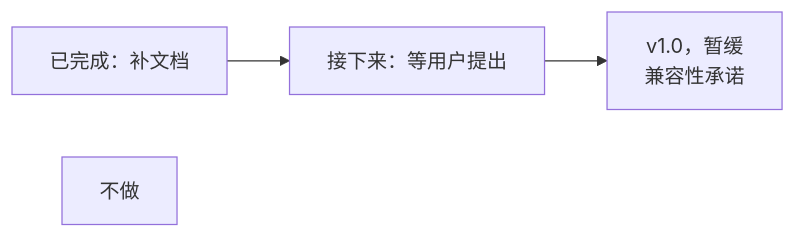
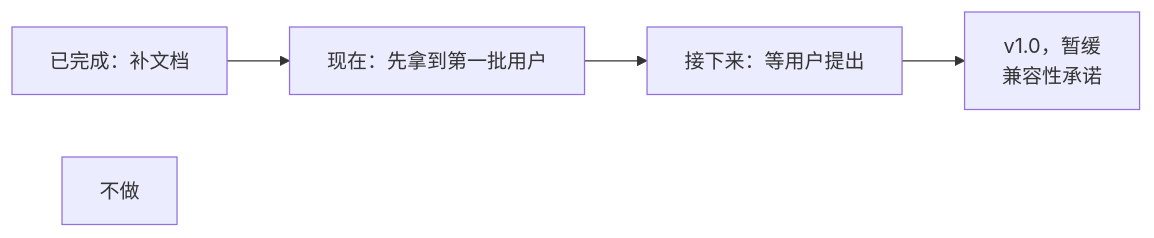
Before and after one commit to nanmuyao-tools/pingmock: the diagram in docs/roadmap.zh-CN.md, drawn with Mermaid. The commit also changed other lines of this file and 2 other files, not shown here.

First line of the commit message:
docs: re-prioritize the roadmap — distribution before any new feature

````diff
--- a/docs/roadmap.zh-CN.md
+++ b/docs/roadmap.zh-CN.md
@@ -28,6 +28,7 @@
 ```mermaid
 flowchart LR
-    A["已完成：补文档"] --> C["接下来：等用户提出"]
+    A["已完成：补文档"] --> G["现在：先拿到第一批用户"]
+    G --> C["接下来：等用户提出"]
     C --> B["v1.0，暂缓<br/>兼容性承诺"]
     N["不做"]
 ```
````
